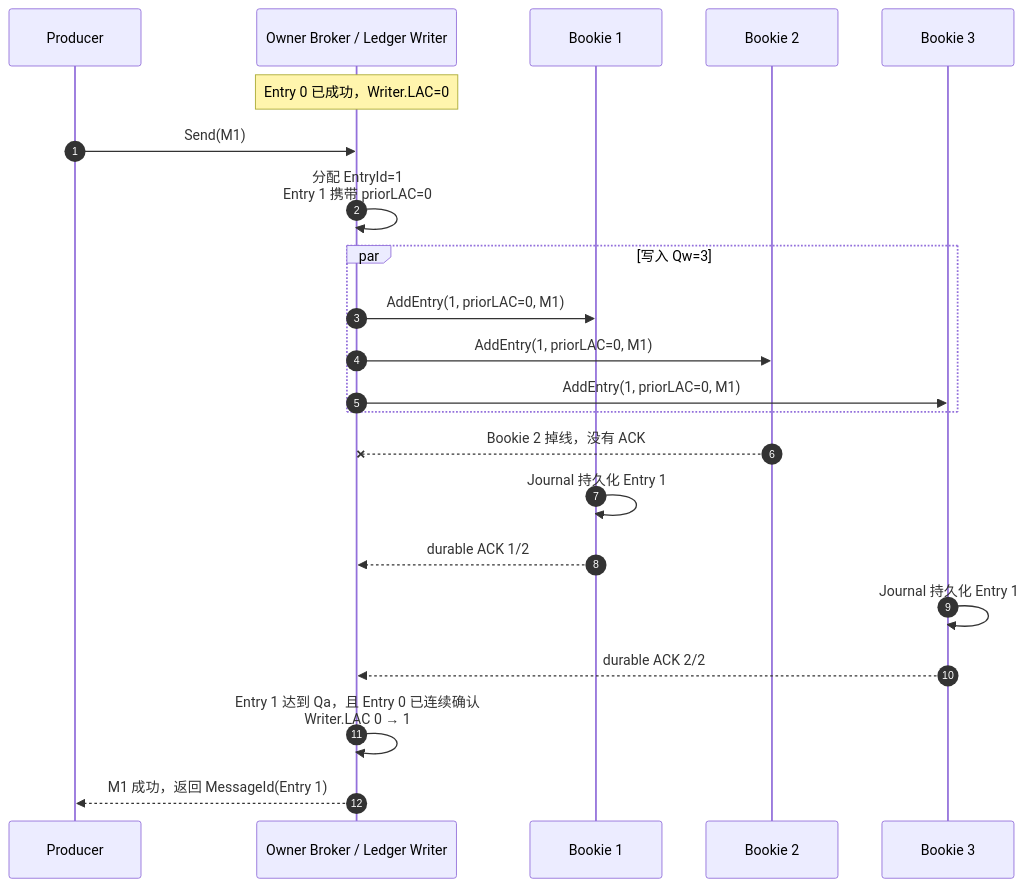
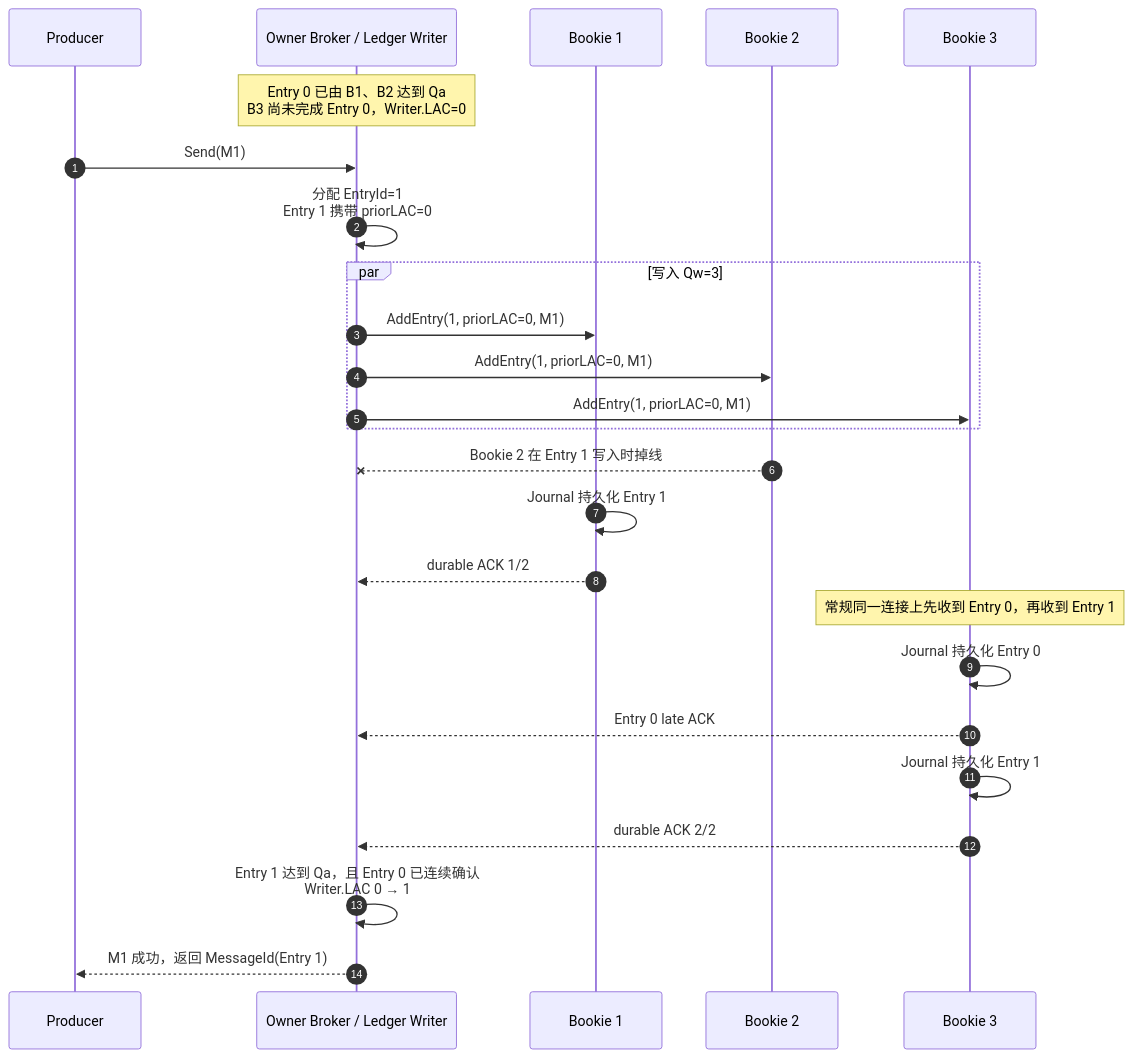
The third of 11 diagrams in posts/microservices/queue/032_pulsar_message_queue_implementation.md (hotttao/backup), drawn with Mermaid before and after one commit. The commit also changed other lines of this file and 1 other file, not shown here.

````diff
--- a/posts/microservices/queue/032_pulsar_message_queue_implementation.md
+++ b/posts/microservices/queue/032_pulsar_message_queue_implementation.md
@@ -150,25 +159,28 @@
 ```mermaid
 sequenceDiagram
     autonumber
     participant P as Producer
     participant W as Owner Broker / Ledger Writer
     participant B1 as Bookie 1
     participant B2 as Bookie 2
     participant B3 as Bookie 3
 
-    Note over W: Entry 0 已成功，Writer.LAC=0
+    Note over W: Entry 0 已由 B1、B2 达到 Qa<br/>B3 尚未完成 Entry 0，Writer.LAC=0
     P->>W: Send(M1)
     W->>W: 分配 EntryId=1<br/>Entry 1 携带 priorLAC=0
     par 写入 Qw=3
         W->>B1: AddEntry(1, priorLAC=0, M1)
         W->>B2: AddEntry(1, priorLAC=0, M1)
         W->>B3: AddEntry(1, priorLAC=0, M1)
     end
-    B2--xW: Bookie 2 掉线，没有 ACK
+    B2--xW: Bookie 2 在 Entry 1 写入时掉线
     B1->>B1: Journal 持久化 Entry 1
     B1-->>W: durable ACK 1/2
+    Note over B3: 常规同一连接上先收到 Entry 0，再收到 Entry 1
+    B3->>B3: Journal 持久化 Entry 0
+    B3-->>W: Entry 0 late ACK
     B3->>B3: Journal 持久化 Entry 1
     B3-->>W: durable ACK 2/2
     W->>W: Entry 1 达到 Qa，且 Entry 0 已连续确认<br/>Writer.LAC 0 → 1
     W-->>P: M1 成功，返回 MessageId(Entry 1)
 ```
````
